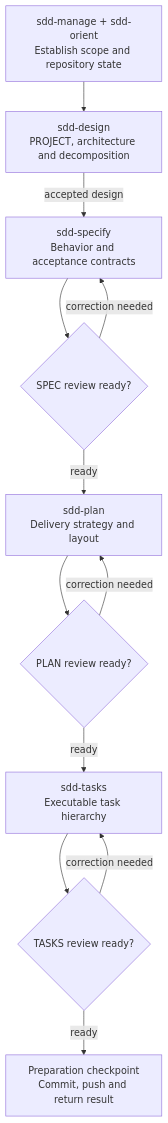
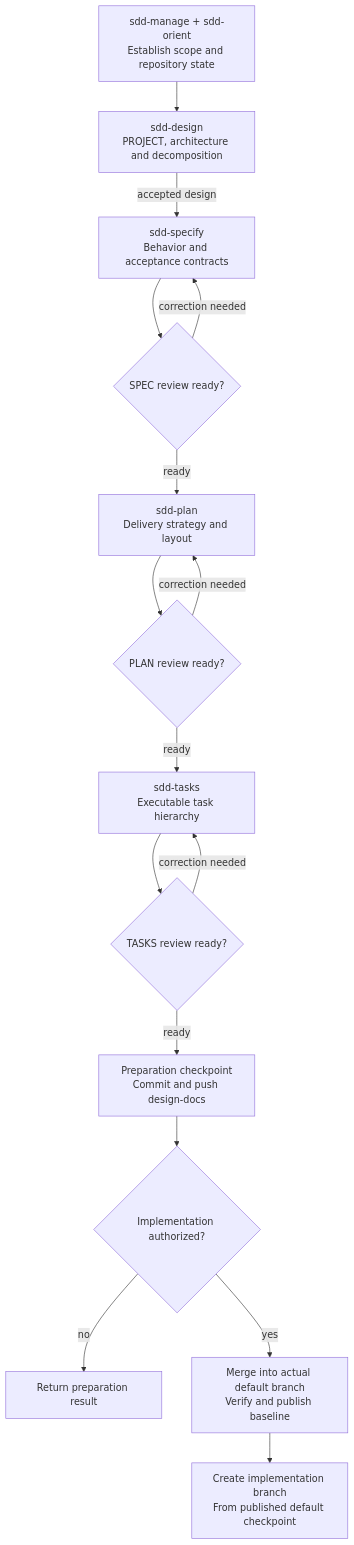
Before and after one commit to pchemguy/SDD-Manager: the first of 4 diagrams in README.md, drawn with Mermaid. The commit also changed other lines of this file and 22 other files, not shown here.

Commit message:
Require default-branch preparation baseline before implementation

````diff
--- a/README.md
+++ b/README.md
@@ -67,14 +67,18 @@
 ```mermaid
 flowchart TB
     M["sdd-manage + sdd-orient<br/>Establish scope and repository state"] --> D["sdd-design<br/>PROJECT, architecture and decomposition"]
     D -->|"accepted design"| S["sdd-specify<br/>Behavior and acceptance contracts"]
     S --> SQ{"SPEC review ready?"}
     SQ -->|"correction needed"| S
     SQ -->|"ready"| P["sdd-plan<br/>Delivery strategy and layout"]
     P --> PQ{"PLAN review ready?"}
     PQ -->|"correction needed"| P
     PQ -->|"ready"| T["sdd-tasks<br/>Executable task hierarchy"]
     T --> TQ{"TASKS review ready?"}
     TQ -->|"correction needed"| T
-    TQ -->|"ready"| E["Preparation checkpoint<br/>Commit, push and return result"]
+    TQ -->|"ready"| E["Preparation checkpoint<br/>Commit and push design-docs"]
+    E --> A{"Implementation authorized?"}
+    A -->|"no"| R["Return preparation result"]
+    A -->|"yes"| G["Merge into actual default branch<br/>Verify and publish baseline"]
+    G --> B["Create implementation branch<br/>From published default checkpoint"]
 ```
````
